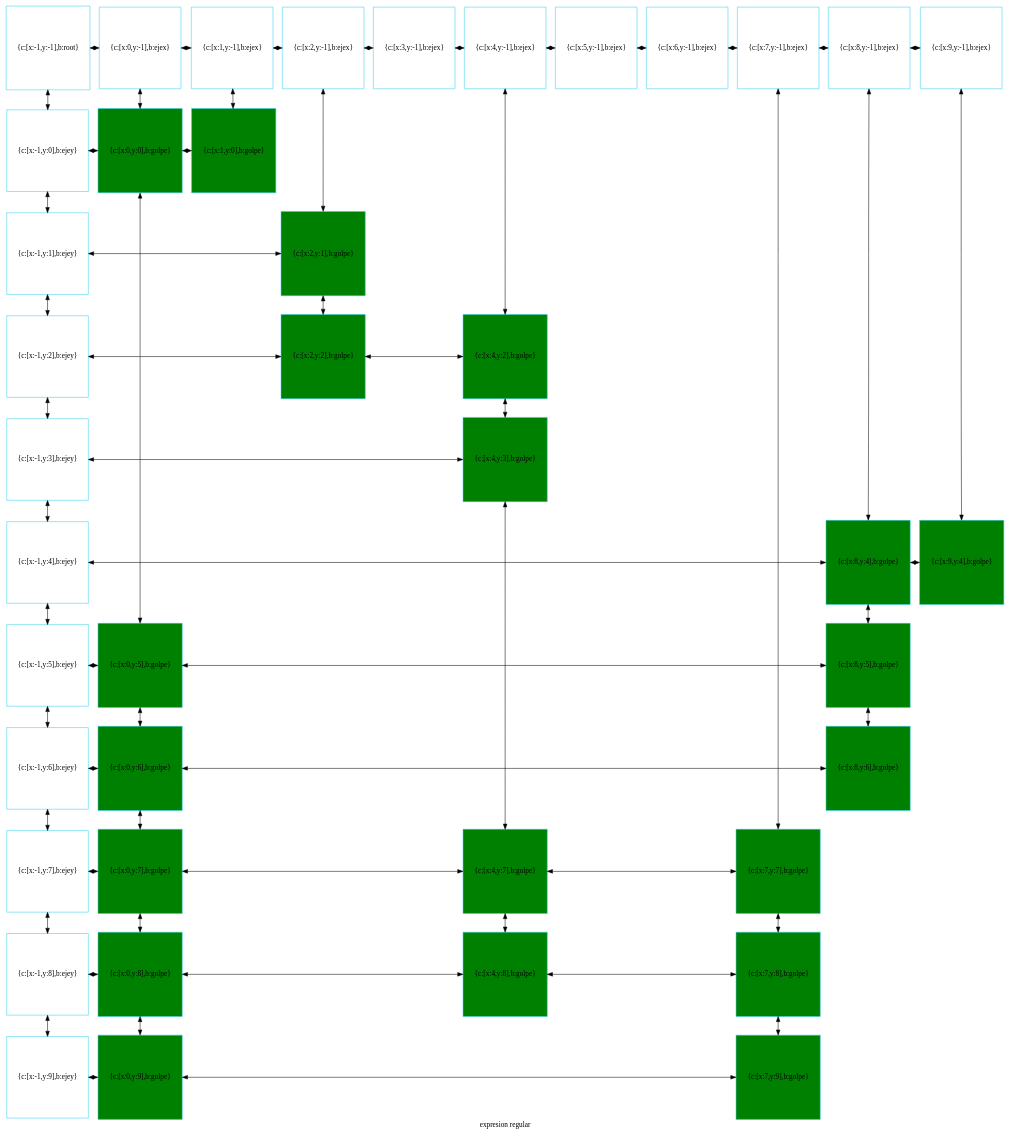
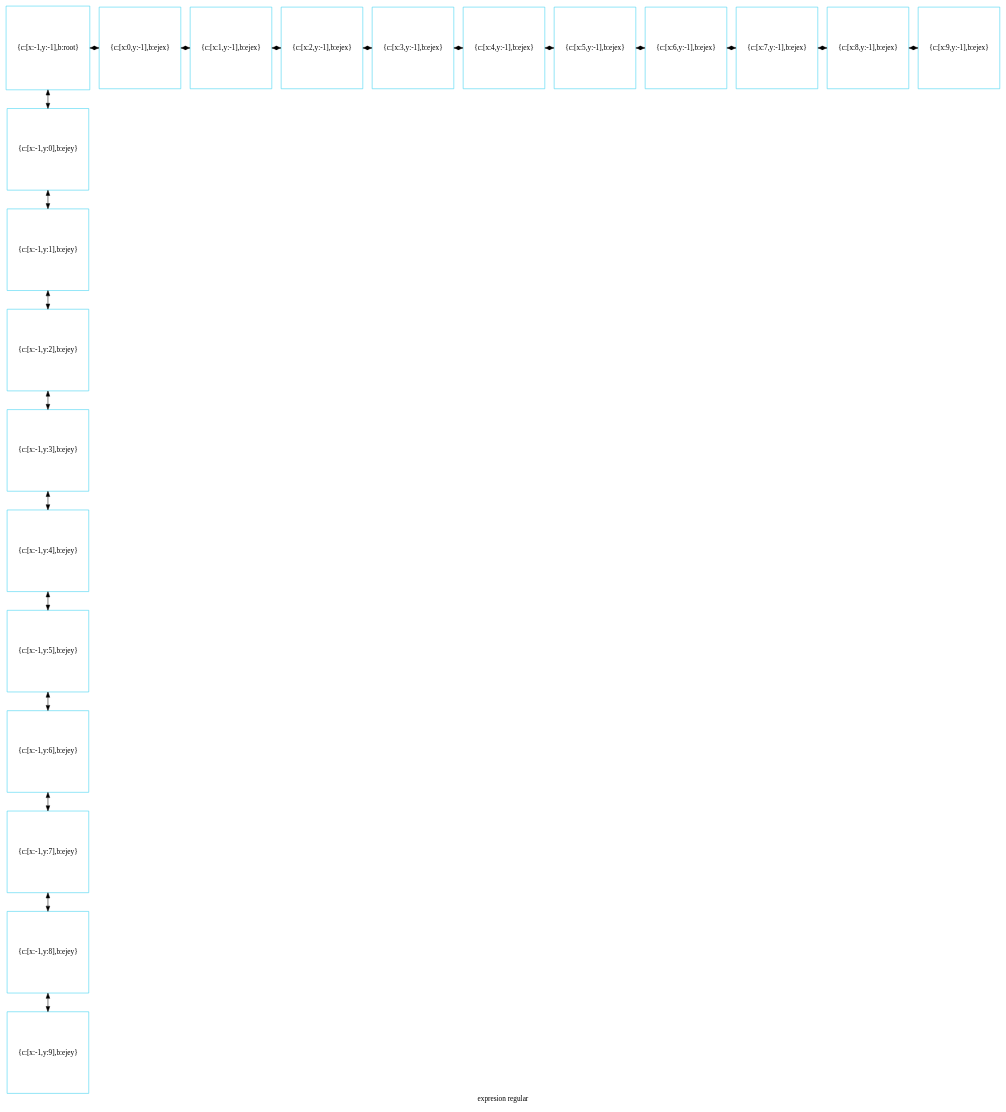
Before and after one commit to betebetoven/EDDS2F2: the diagram in disp_compu.dot, drawn with Graphviz. The commit also changed 27 other files, not shown here.

```diff
--- a/disp_compu.dot
+++ b/disp_compu.dot
@@ -1,121 +1,61 @@
 digraph G
 {label="expresion regular"
         node[shape = square]
         node[style = filled]
         node[fillcolor = "#EEEEE"]
         node[color = "#EEEEE"]
         node[color = "#31CEF0"]
 
-1654816011360[label="{c:[x:-1,y:-1],b:root}",fillcolor = "white"]
-1654816011840[label="{c:[x:0,y:-1],b:ejex}",fillcolor = "white"]
-1654816011984[label="{c:[x:1,y:-1],b:ejex}",fillcolor = "white"]
-1654816012128[label="{c:[x:2,y:-1],b:ejex}",fillcolor = "white"]
-1654816012272[label="{c:[x:3,y:-1],b:ejex}",fillcolor = "white"]
-1654816012416[label="{c:[x:4,y:-1],b:ejex}",fillcolor = "white"]
-1654816012560[label="{c:[x:5,y:-1],b:ejex}",fillcolor = "white"]
-1654816012704[label="{c:[x:6,y:-1],b:ejex}",fillcolor = "white"]
-1654816012848[label="{c:[x:7,y:-1],b:ejex}",fillcolor = "white"]
-1654816012992[label="{c:[x:8,y:-1],b:ejex}",fillcolor = "white"]
-1654816013136[label="{c:[x:9,y:-1],b:ejex}",fillcolor = "white"]
-1654816013280[label="{c:[x:-1,y:0],b:ejey}",fillcolor = "white"]
-1654816221232[label="{c:[x:0,y:0],b:golpe}",fillcolor = "green"]
-1654816220560[label="{c:[x:1,y:0],b:golpe}",fillcolor = "green"]
-1654816013424[label="{c:[x:-1,y:1],b:ejey}",fillcolor = "white"]
-1654816219408[label="{c:[x:2,y:1],b:golpe}",fillcolor = "green"]
-1654816013568[label="{c:[x:-1,y:2],b:ejey}",fillcolor = "white"]
-1654816219888[label="{c:[x:2,y:2],b:golpe}",fillcolor = "green"]
-1654816218736[label="{c:[x:4,y:2],b:golpe}",fillcolor = "green"]
-1654816013712[label="{c:[x:-1,y:3],b:ejey}",fillcolor = "white"]
-1654816219216[label="{c:[x:4,y:3],b:golpe}",fillcolor = "green"]
-1654816013856[label="{c:[x:-1,y:4],b:ejey}",fillcolor = "white"]
-1654816217056[label="{c:[x:8,y:4],b:golpe}",fillcolor = "green"]
-1654816220896[label="{c:[x:9,y:4],b:golpe}",fillcolor = "green"]
-1654816014000[label="{c:[x:-1,y:5],b:ejey}",fillcolor = "white"]
-1654816220128[label="{c:[x:0,y:5],b:golpe}",fillcolor = "green"]
-1654816217392[label="{c:[x:8,y:5],b:golpe}",fillcolor = "green"]
-1654816014144[label="{c:[x:-1,y:6],b:ejey}",fillcolor = "white"]
-1654816214704[label="{c:[x:0,y:6],b:golpe}",fillcolor = "green"]
-1654816217872[label="{c:[x:8,y:6],b:golpe}",fillcolor = "green"]
-1654816014288[label="{c:[x:-1,y:7],b:ejey}",fillcolor = "white"]
-1654816215040[label="{c:[x:0,y:7],b:golpe}",fillcolor = "green"]
-1654816218064[label="{c:[x:4,y:7],b:golpe}",fillcolor = "green"]
-1654816216288[label="{c:[x:7,y:7],b:golpe}",fillcolor = "green"]
-1654816211104[label="{c:[x:-1,y:8],b:ejey}",fillcolor = "white"]
-1654816215376[label="{c:[x:0,y:8],b:golpe}",fillcolor = "green"]
-1654816218544[label="{c:[x:4,y:8],b:golpe}",fillcolor = "green"]
-1654816216144[label="{c:[x:7,y:8],b:golpe}",fillcolor = "green"]
-1654816211248[label="{c:[x:-1,y:9],b:ejey}",fillcolor = "white"]
-1654816215712[label="{c:[x:0,y:9],b:golpe}",fillcolor = "green"]
-1654816216720[label="{c:[x:7,y:9],b:golpe}",fillcolor = "green"]
-1654816011360->1654816013280[dir = both];
-1654816013280->1654816013424[dir = both];
-1654816013424->1654816013568[dir = both];
-1654816013568->1654816013712[dir = both];
-1654816013712->1654816013856[dir = both];
-1654816013856->1654816014000[dir = both];
-1654816014000->1654816014144[dir = both];
-1654816014144->1654816014288[dir = both];
-1654816014288->1654816211104[dir = both];
-1654816211104->1654816211248[dir = both];
-1654816011840->1654816221232[dir = both];
-1654816221232->1654816220128[dir = both];
-1654816220128->1654816214704[dir = both];
-1654816214704->1654816215040[dir = both];
-1654816215040->1654816215376[dir = both];
-1654816215376->1654816215712[dir = both];
-1654816011984->1654816220560[dir = both];
-1654816012128->1654816219408[dir = both];
-1654816219408->1654816219888[dir = both];
-1654816012416->1654816218736[dir = both];
-1654816218736->1654816219216[dir = both];
-1654816219216->1654816218064[dir = both];
-1654816218064->1654816218544[dir = both];
-1654816012848->1654816216288[dir = both];
-1654816216288->1654816216144[dir = both];
-1654816216144->1654816216720[dir = both];
-1654816012992->1654816217056[dir = both];
-1654816217056->1654816217392[dir = both];
-1654816217392->1654816217872[dir = both];
-1654816013136->1654816220896[dir = both];
-1654816011360->1654816011840[dir = both];
-1654816011840->1654816011984[dir = both];
-1654816011984->1654816012128[dir = both];
-1654816012128->1654816012272[dir = both];
-1654816012272->1654816012416[dir = both];
-1654816012416->1654816012560[dir = both];
-1654816012560->1654816012704[dir = both];
-1654816012704->1654816012848[dir = both];
-1654816012848->1654816012992[dir = both];
-1654816012992->1654816013136[dir = both];
-1654816013280->1654816221232[constraint=false,dir = both];
-1654816221232->1654816220560[constraint=false,dir = both];
-1654816013424->1654816219408[constraint=false,dir = both];
-1654816013568->1654816219888[constraint=false,dir = both];
-1654816219888->1654816218736[constraint=false,dir = both];
-1654816013712->1654816219216[constraint=false,dir = both];
-1654816013856->1654816217056[constraint=false,dir = both];
-1654816217056->1654816220896[constraint=false,dir = both];
-1654816014000->1654816220128[constraint=false,dir = both];
-1654816220128->1654816217392[constraint=false,dir = both];
-1654816014144->1654816214704[constraint=false,dir = both];
-1654816214704->1654816217872[constraint=false,dir = both];
-1654816014288->1654816215040[constraint=false,dir = both];
-1654816215040->1654816218064[constraint=false,dir = both];
-1654816218064->1654816216288[constraint=false,dir = both];
-1654816211104->1654816215376[constraint=false,dir = both];
-1654816215376->1654816218544[constraint=false,dir = both];
-1654816218544->1654816216144[constraint=false,dir = both];
-1654816211248->1654816215712[constraint=false,dir = both];
-1654816215712->1654816216720[constraint=false,dir = both];
- {rank=same; 1654816011360;1654816011840;1654816011984;1654816012128;1654816012272;1654816012416;1654816012560;1654816012704;1654816012848;1654816012992;1654816013136;}
- {rank=same; 1654816013280;1654816221232;1654816220560;}
- {rank=same; 1654816013424;1654816219408;}
- {rank=same; 1654816013568;1654816219888;1654816218736;}
- {rank=same; 1654816013712;1654816219216;}
- {rank=same; 1654816013856;1654816217056;1654816220896;}
- {rank=same; 1654816014000;1654816220128;1654816217392;}
- {rank=same; 1654816014144;1654816214704;1654816217872;}
- {rank=same; 1654816014288;1654816215040;1654816218064;1654816216288;}
- {rank=same; 1654816211104;1654816215376;1654816218544;1654816216144;}
- {rank=same; 1654816211248;1654816215712;1654816216720;}
+2268186042832[label="{c:[x:-1,y:-1],b:root}",fillcolor = "white"]
+2268186043648[label="{c:[x:0,y:-1],b:ejex}",fillcolor = "white"]
+2268186043792[label="{c:[x:1,y:-1],b:ejex}",fillcolor = "white"]
+2268186043936[label="{c:[x:2,y:-1],b:ejex}",fillcolor = "white"]
+2268186044080[label="{c:[x:3,y:-1],b:ejex}",fillcolor = "white"]
+2268186044224[label="{c:[x:4,y:-1],b:ejex}",fillcolor = "white"]
+2268186044368[label="{c:[x:5,y:-1],b:ejex}",fillcolor = "white"]
+2268186044512[label="{c:[x:6,y:-1],b:ejex}",fillcolor = "white"]
+2268186044656[label="{c:[x:7,y:-1],b:ejex}",fillcolor = "white"]
+2268186044800[label="{c:[x:8,y:-1],b:ejex}",fillcolor = "white"]
+2268186044944[label="{c:[x:9,y:-1],b:ejex}",fillcolor = "white"]
+2268186045088[label="{c:[x:-1,y:0],b:ejey}",fillcolor = "white"]
+2268186045232[label="{c:[x:-1,y:1],b:ejey}",fillcolor = "white"]
+2268186045376[label="{c:[x:-1,y:2],b:ejey}",fillcolor = "white"]
+2268186045520[label="{c:[x:-1,y:3],b:ejey}",fillcolor = "white"]
+2268186045664[label="{c:[x:-1,y:4],b:ejey}",fillcolor = "white"]
+2268186045808[label="{c:[x:-1,y:5],b:ejey}",fillcolor = "white"]
+2268186045952[label="{c:[x:-1,y:6],b:ejey}",fillcolor = "white"]
+2268186046096[label="{c:[x:-1,y:7],b:ejey}",fillcolor = "white"]
+2268186046240[label="{c:[x:-1,y:8],b:ejey}",fillcolor = "white"]
+2268186046384[label="{c:[x:-1,y:9],b:ejey}",fillcolor = "white"]
+2268186042832->2268186045088[dir = both];
+2268186045088->2268186045232[dir = both];
+2268186045232->2268186045376[dir = both];
+2268186045376->2268186045520[dir = both];
+2268186045520->2268186045664[dir = both];
+2268186045664->2268186045808[dir = both];
+2268186045808->2268186045952[dir = both];
+2268186045952->2268186046096[dir = both];
+2268186046096->2268186046240[dir = both];
+2268186046240->2268186046384[dir = both];
+2268186042832->2268186043648[dir = both];
+2268186043648->2268186043792[dir = both];
+2268186043792->2268186043936[dir = both];
+2268186043936->2268186044080[dir = both];
+2268186044080->2268186044224[dir = both];
+2268186044224->2268186044368[dir = both];
+2268186044368->2268186044512[dir = both];
+2268186044512->2268186044656[dir = both];
+2268186044656->2268186044800[dir = both];
+2268186044800->2268186044944[dir = both];
+ {rank=same; 2268186042832;2268186043648;2268186043792;2268186043936;2268186044080;2268186044224;2268186044368;2268186044512;2268186044656;2268186044800;2268186044944;}
+ {rank=same; 2268186045088;}
+ {rank=same; 2268186045232;}
+ {rank=same; 2268186045376;}
+ {rank=same; 2268186045520;}
+ {rank=same; 2268186045664;}
+ {rank=same; 2268186045808;}
+ {rank=same; 2268186045952;}
+ {rank=same; 2268186046096;}
+ {rank=same; 2268186046240;}
+ {rank=same; 2268186046384;}
 }
```
